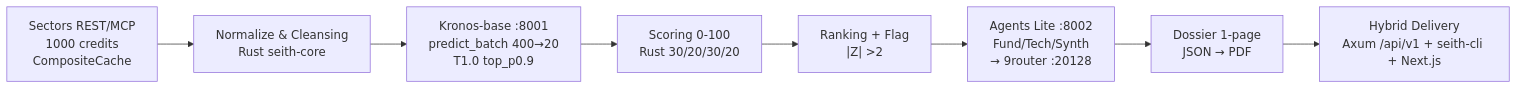
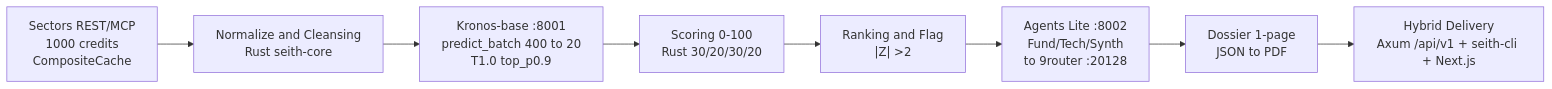
The diagram in README.md (kazanaruishere-max/SEITH-MARKET-IDX), drawn with Mermaid before and after one commit. The commit also changed other lines of this file and 6 other files, not shown here.

````diff
--- a/README.md
+++ b/README.md
@@ -52,10 +114,10 @@
 ```mermaid
 flowchart LR
-  S["Sectors REST/MCP<br/>1000 credits<br/>CompositeCache"] --> N["Normalize & Cleansing<br/>Rust seith-core"]
-  N --> K["Kronos-base :8001<br/>predict_batch 400→20<br/>T1.0 top_p0.9"]
+  S["Sectors REST/MCP<br/>1000 credits<br/>CompositeCache"] --> N["Normalize and Cleansing<br/>Rust seith-core"]
+  N --> K["Kronos-base :8001<br/>predict_batch 400 to 20<br/>T1.0 top_p0.9"]
   K --> SC["Scoring 0-100<br/>Rust 30/20/30/20"]
-  SC --> R["Ranking + Flag<br/>|Z| >2"]
-  R --> A["Agents Lite :8002<br/>Fund/Tech/Synth<br/>→ 9router :20128"]
-  A --> D["Dossier 1-page<br/>JSON → PDF"]
+  SC --> R["Ranking and Flag<br/>|Z| >2"]
+  R --> A["Agents Lite :8002<br/>Fund/Tech/Synth<br/>to 9router :20128"]
+  A --> D["Dossier 1-page<br/>JSON to PDF"]
   D --> H["Hybrid Delivery<br/>Axum /api/v1 + seith-cli + Next.js"]
 ```
````
